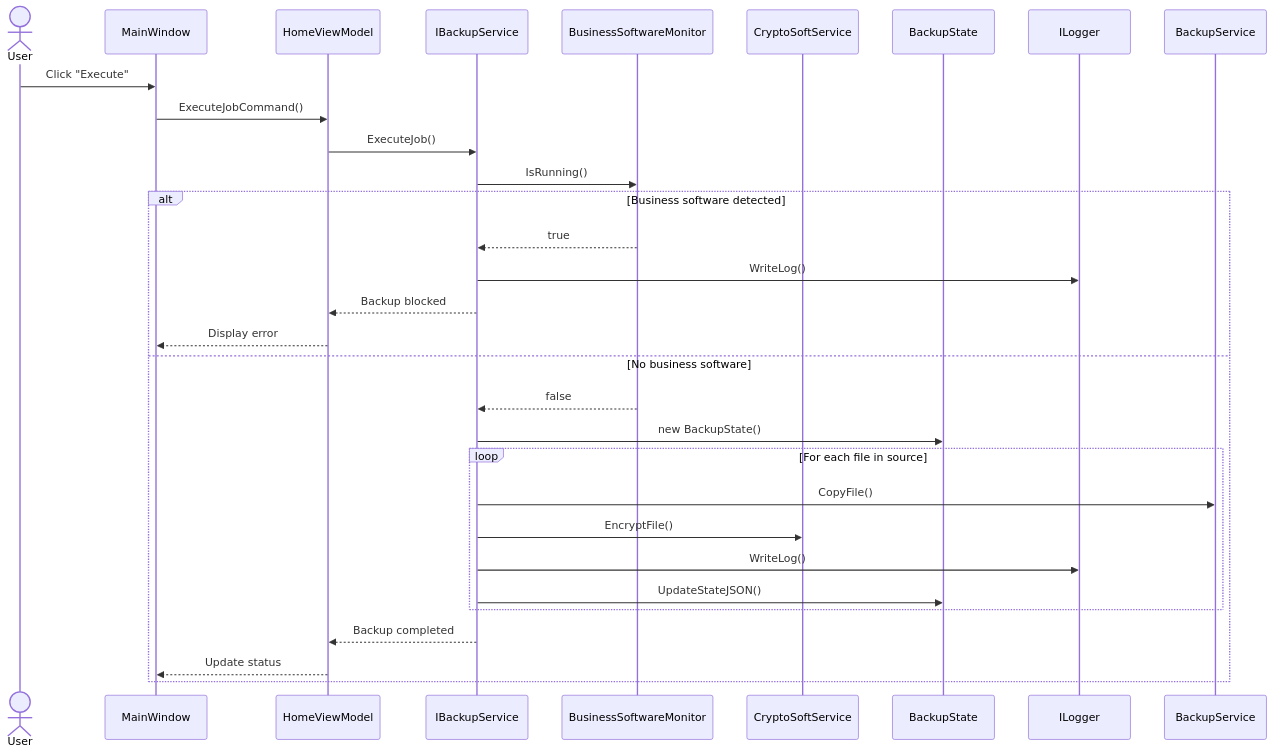
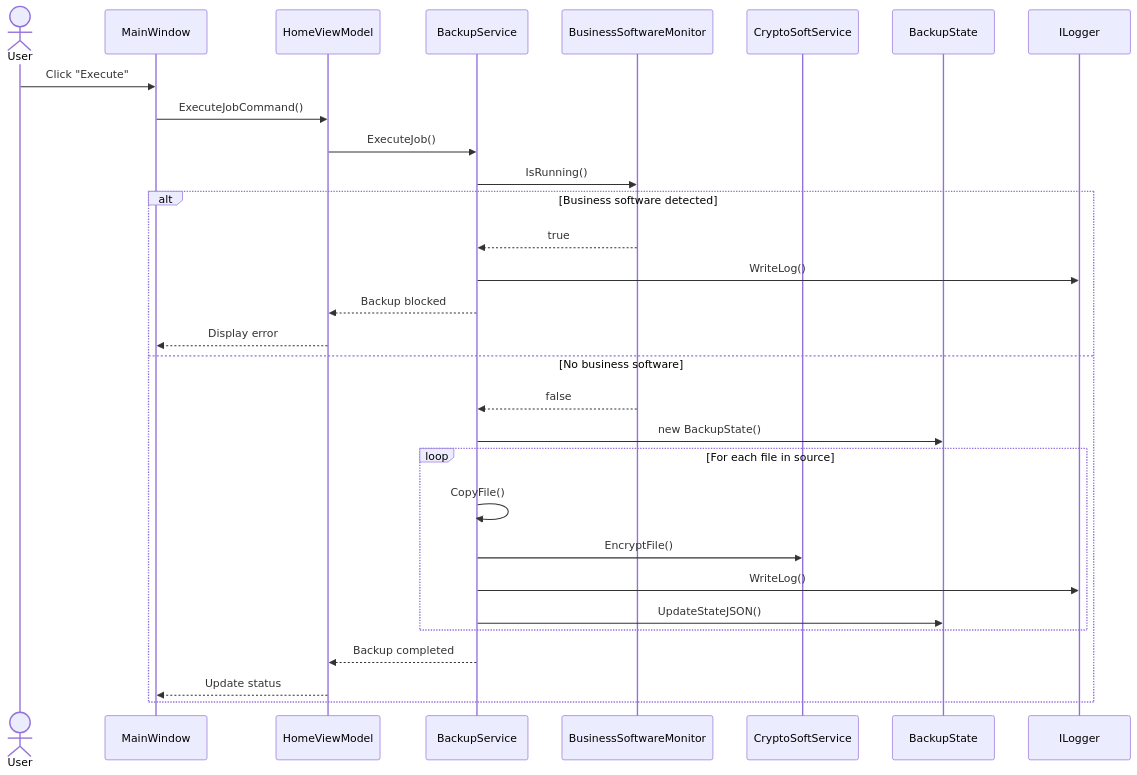
One commit to Groupe1-Prosoft/EasySave changed the fourth of 8 diagrams in Diagrams/UML.md. Above: the diagram before and after it, drawn with Mermaid. The commit also changed other lines of this file and 1 other file, not shown here.

Commit message:
Modification of diagrams to respect the feature pause/resume/stop of Maxime

````diff
--- a/Diagrams/UML.md
+++ b/Diagrams/UML.md
@@ -471,37 +446,37 @@
 ```mermaid
 sequenceDiagram
     actor User
     participant MainWindow
     participant HomeViewModel
-    participant IBackupService
+    participant BackupService
     participant BusinessSoftwareMonitor
     participant CryptoSoftService
     participant BackupState
     participant ILogger
 
     User->>MainWindow: Click "Execute"
     MainWindow->>HomeViewModel: ExecuteJobCommand()
-    HomeViewModel->>IBackupService: ExecuteJob()
+    HomeViewModel->>BackupService: ExecuteJob()
 
-    IBackupService->>BusinessSoftwareMonitor: IsRunning()
+    BackupService->>BusinessSoftwareMonitor: IsRunning()
 
     alt Business software detected
-        BusinessSoftwareMonitor-->>IBackupService: true
-        IBackupService->>ILogger: WriteLog()
-        IBackupService-->>HomeViewModel: Backup blocked
+        BusinessSoftwareMonitor-->>BackupService: true
+        BackupService->>ILogger: WriteLog()
+        BackupService-->>HomeViewModel: Backup blocked
         HomeViewModel-->>MainWindow: Display error
     else No business software
-        BusinessSoftwareMonitor-->>IBackupService: false
-        IBackupService->>BackupState: new BackupState()
+        BusinessSoftwareMonitor-->>BackupService: false
+        BackupService->>BackupState: new BackupState()
 
         loop For each file in source
-            IBackupService->>BackupService: CopyFile()
-            IBackupService->>CryptoSoftService: EncryptFile()
-            IBackupService->>ILogger: WriteLog()
-            IBackupService->>BackupState: UpdateStateJSON()
+            BackupService->>BackupService: CopyFile()
+            BackupService->>CryptoSoftService: EncryptFile()
+            BackupService->>ILogger: WriteLog()
+            BackupService->>BackupState: UpdateStateJSON()
         end
 
-        IBackupService-->>HomeViewModel: Backup completed
+        BackupService-->>HomeViewModel: Backup completed
         HomeViewModel-->>MainWindow: Update status
     end
 ```
````
